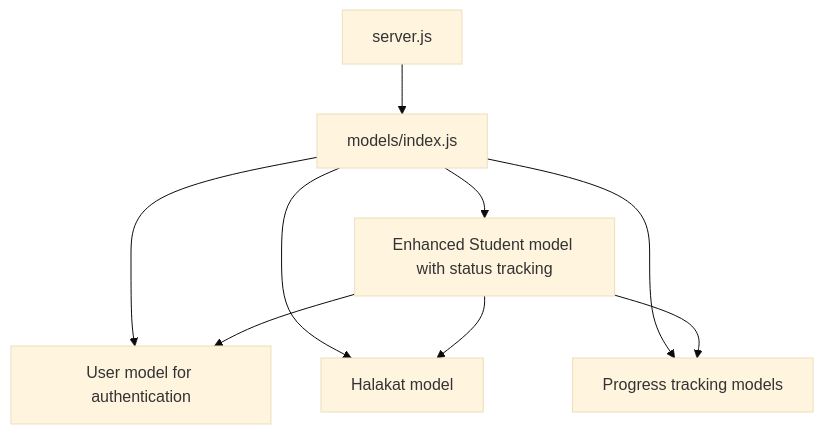
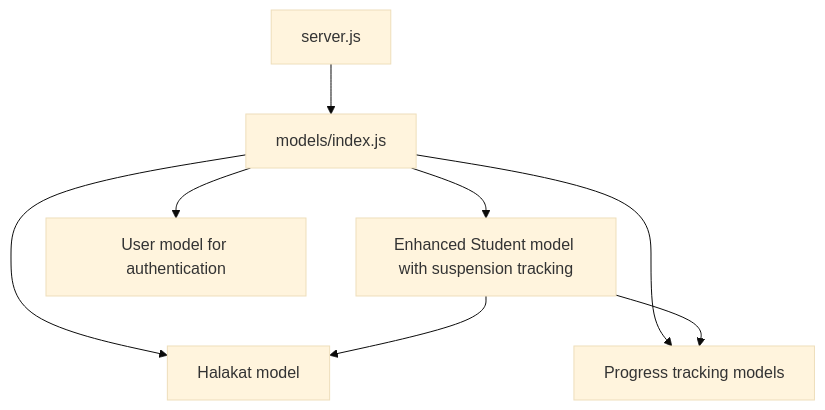
Before and after one commit to Mreng78/khirocom_project: the eighth of 8 diagrams in .qoder/repowiki/en/content/Database Design/Student Model.md, drawn with Mermaid (base theme). The commit also changed other lines of this file and 17 other files, not shown here.

````diff
--- a/.qoder/repowiki/en/content/Database Design/Student Model.md
+++ b/.qoder/repowiki/en/content/Database Design/Student Model.md
@@ -368,11 +380,10 @@
 ```mermaid
 graph TB
 Server["server.js"] --> ModelsIndex["models/index.js"]
-ModelsIndex --> Student["Enhanced Student model with status tracking"]
+ModelsIndex --> Student["Enhanced Student model with suspension tracking"]
 ModelsIndex --> User["User model for authentication"]
 ModelsIndex --> Halakat["Halakat model"]
 ModelsIndex --> ProgressModels["Progress tracking models"]
-Student --> User
 Student --> Halakat
 Student --> ProgressModels
 ```
````
